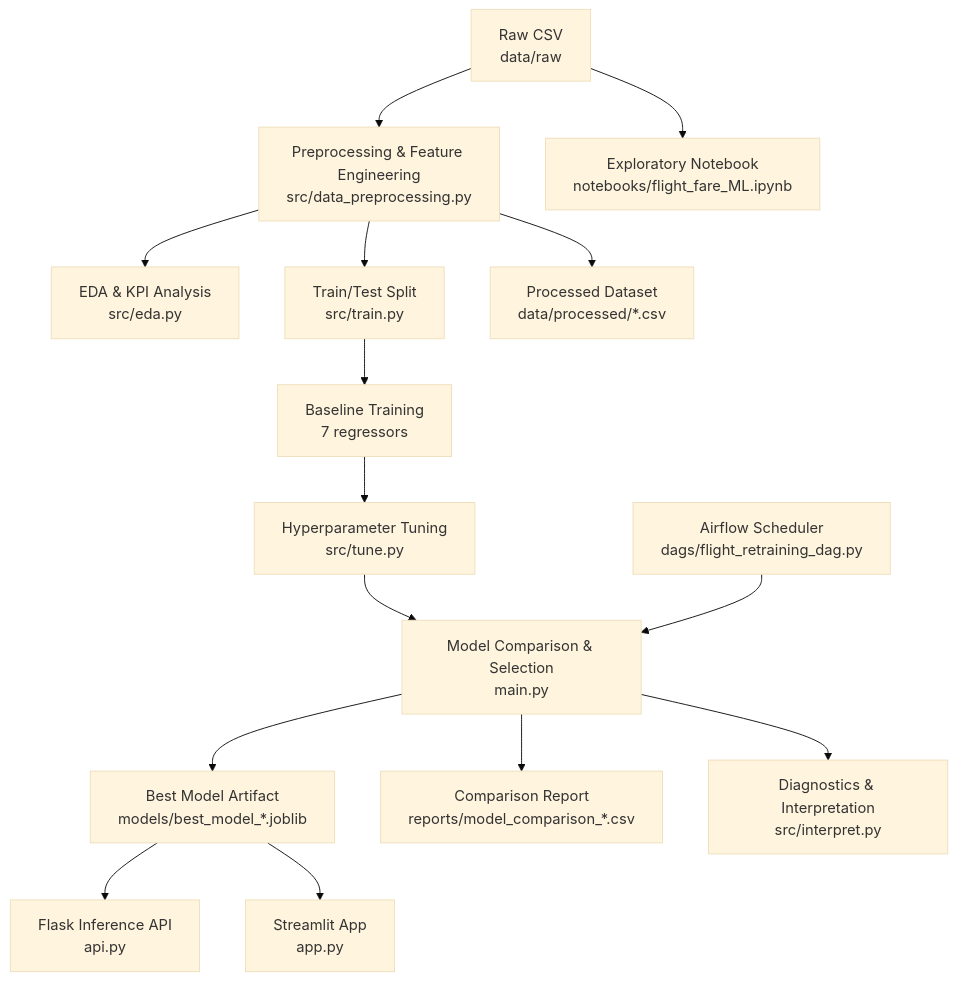
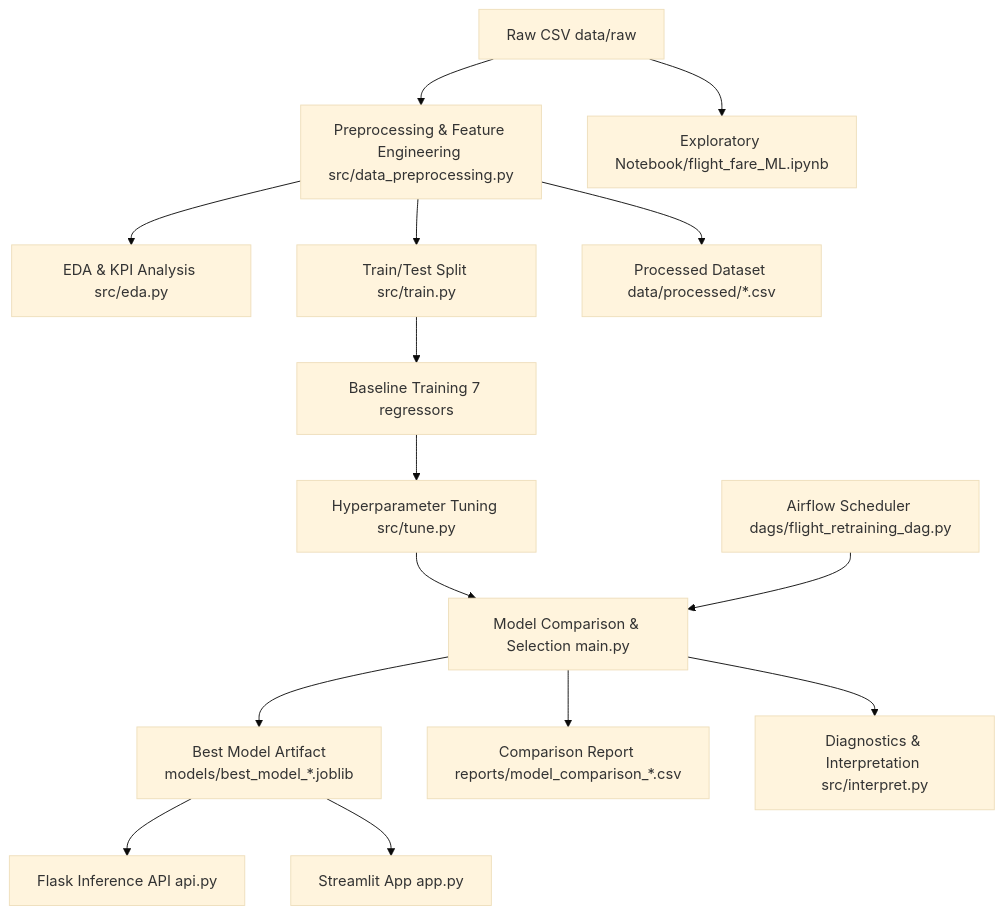
One commit to DE-E-K/DEM09 changed the diagram in README.md. Above: the diagram before and after it, drawn with Mermaid (base theme).

Commit message:
Fix formatting in Pipeline Architecture diagram

````diff
--- a/README.md
+++ b/README.md
@@ -65,17 +65,17 @@
 ```mermaid
 flowchart TD
-    A[Raw CSV\ndata/raw] --> B[Preprocessing & Feature Engineering\nsrc/data_preprocessing.py]
-    B --> C[EDA & KPI Analysis\nsrc/eda.py]
-    B --> D[Train/Test Split\nsrc/train.py]
-    D --> E[Baseline Training\n7 regressors]
-    E --> F[Hyperparameter Tuning\nsrc/tune.py]
-    F --> G[Model Comparison & Selection\nmain.py]
+    A[Raw CSV data/raw] --> B[Preprocessing & Feature Engineering src/data_preprocessing.py]
+    B --> C[EDA & KPI Analysis src/eda.py]
+    B --> D[Train/Test Split src/train.py]
+    D --> E[Baseline Training 7 regressors]
+    E --> F[Hyperparameter Tuning src/tune.py]
+    F --> G[Model Comparison & Selection main.py]
     G --> H[Best Model Artifact\nmodels/best_model_*.joblib]
-    G --> I[Comparison Report\nreports/model_comparison_*.csv]
-    G --> J[Diagnostics & Interpretation\nsrc/interpret.py]
-    B --> K[Processed Dataset\ndata/processed/*.csv]
-    H --> L[Flask Inference API\napi.py]
-    H --> M[Streamlit App\napp.py]
-    N[Airflow Scheduler\ndags/flight_retraining_dag.py] --> G
-    A --> O[Exploratory Notebook\nnotebooks/flight_fare_ML.ipynb]
+    G --> I[Comparison Report reports/model_comparison_*.csv]
+    G --> J[Diagnostics & Interpretation src/interpret.py]
+    B --> K[Processed Dataset data/processed/*.csv]
+    H --> L[Flask Inference API api.py]
+    H --> M[Streamlit App app.py]
+    N[Airflow Scheduler dags/flight_retraining_dag.py] --> G
+    A --> O[Exploratory Notebook/flight_fare_ML.ipynb]
 ```
````
